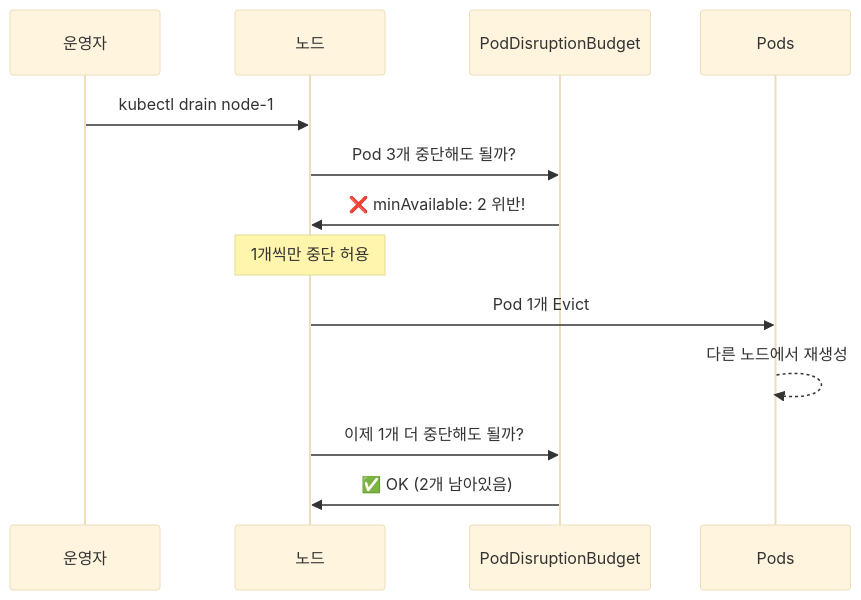
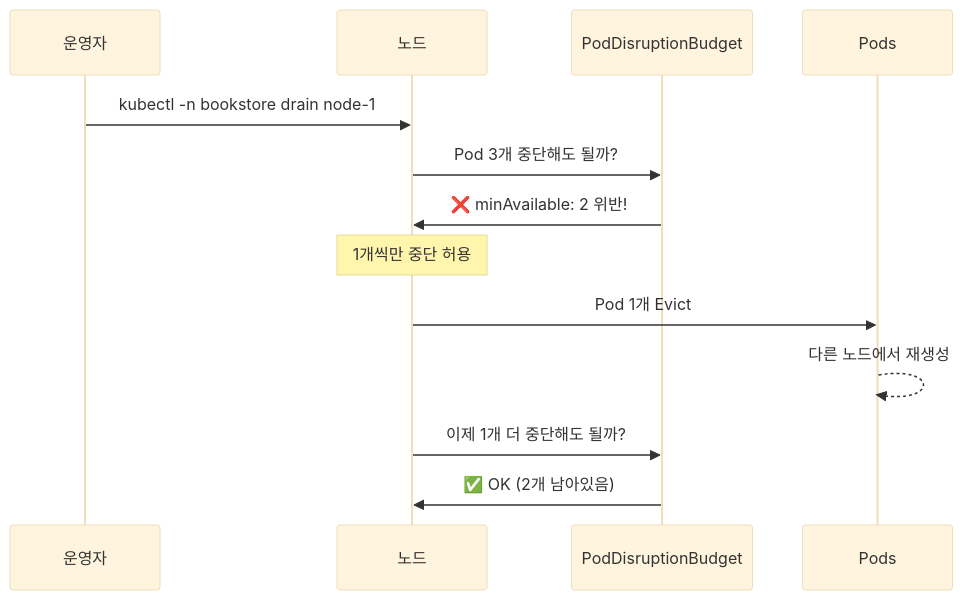
One commit to sskim91/TIL changed the fourth of 5 diagrams in kubernetes/Kubernetes-ReplicaSet-Deployment.md. Above: the diagram before and after it, drawn with Mermaid (base theme). The commit also changed other lines of this file and 39 other files, not shown here.

````diff
--- a/kubernetes/Kubernetes-ReplicaSet-Deployment.md
+++ b/kubernetes/Kubernetes-ReplicaSet-Deployment.md
@@ -837,16 +710,16 @@
 ```mermaid
 sequenceDiagram
     participant Ops as 운영자
     participant Node as 노드
     participant PDB as PodDisruptionBudget
     participant Pod as Pods
 
-    Ops->>Node: kubectl drain node-1
+    Ops->>Node: kubectl -n bookstore drain node-1
     Node->>PDB: Pod 3개 중단해도 될까?
     PDB->>Node: ❌ minAvailable: 2 위반!
     Note over Node: 1개씩만 중단 허용
     Node->>Pod: Pod 1개 Evict
     Pod-->>Pod: 다른 노드에서 재생성
     Node->>PDB: 이제 1개 더 중단해도 될까?
     PDB->>Node: ✅ OK (2개 남아있음)
 ```
````
